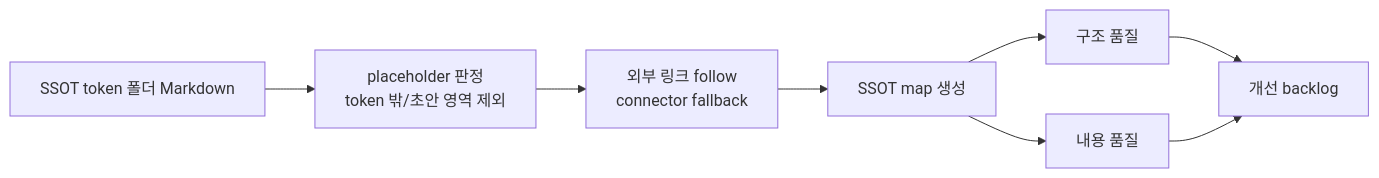
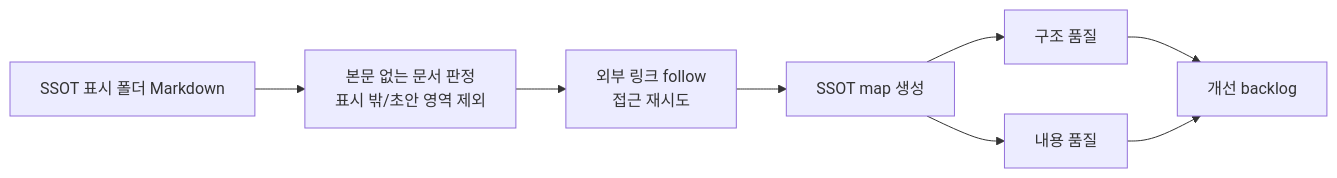
The seventh of 7 diagrams in planning-kit/docs/planning-kit-workflow-guide.md (inkwonjung-colosseum/plugins), drawn with Mermaid before and after one commit. The commit also changed other lines of this file and 19 other files, not shown here.

````diff
--- a/planning-kit/docs/planning-kit-workflow-guide.md
+++ b/planning-kit/docs/planning-kit-workflow-guide.md
@@ -268,10 +270,10 @@
 ```mermaid
 flowchart LR
-  A["SSOT token 폴더 Markdown"] --> B["placeholder 판정<br/>token 밖/초안 영역 제외"]
-  B --> C["외부 링크 follow<br/>connector fallback"]
+  A["SSOT 표시 폴더 Markdown"] --> B["본문 없는 문서 판정<br/>표시 밖/초안 영역 제외"]
+  B --> C["외부 링크 follow<br/>접근 재시도"]
   C --> D["SSOT map 생성"]
   D --> E["구조 품질"]
   D --> F["내용 품질"]
   E --> G["개선 backlog"]
   F --> G
 ```
````
